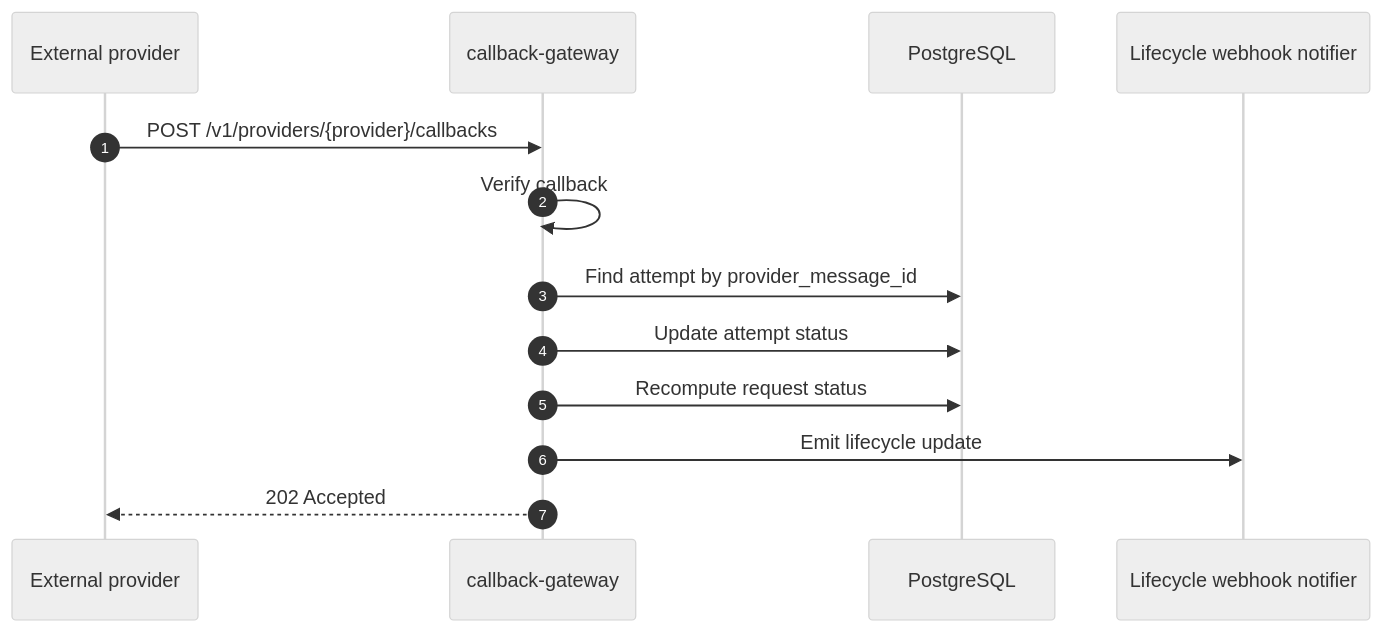
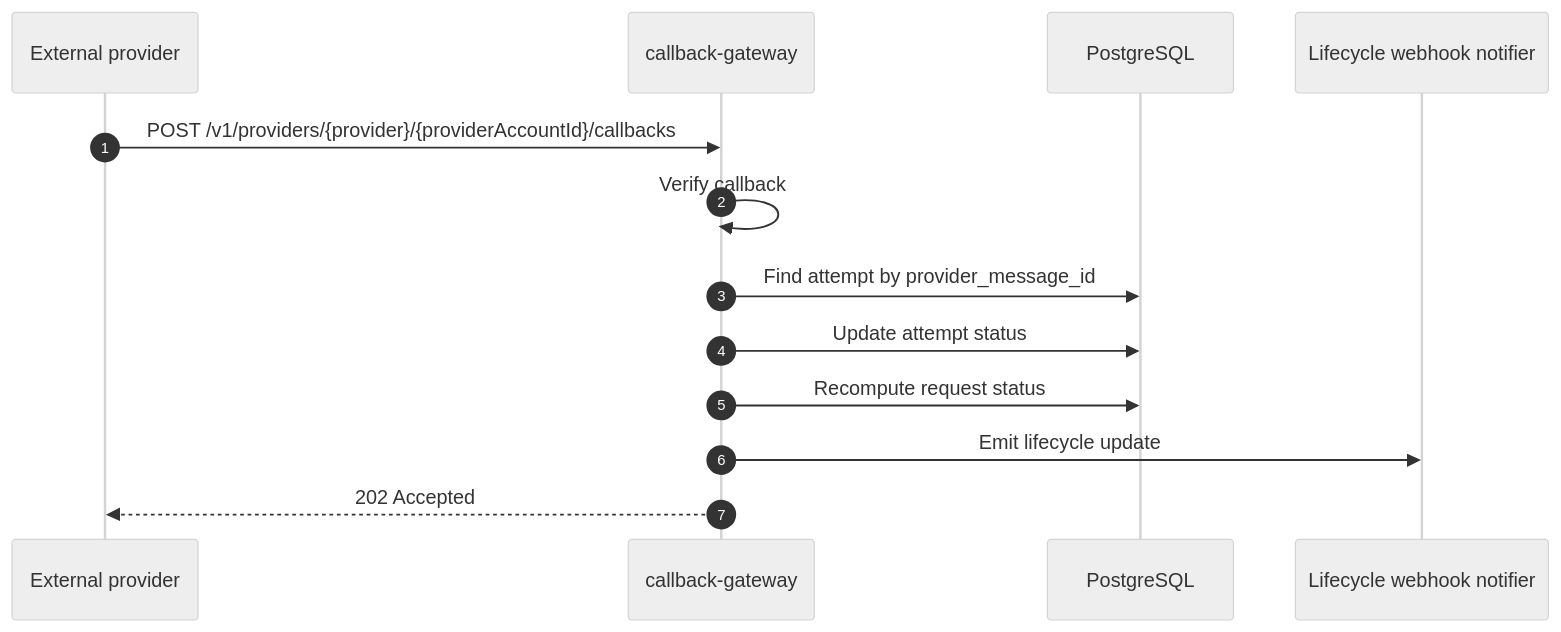
One commit to NotifyHub-in/NotifyHub changed the diagram in docs/guides/callbacks-and-delivery-tracking.md. Above: the diagram before and after it, drawn with Mermaid (neutral theme). The commit also changed other lines of this file and 32 other files, not shown here.

````diff
--- a/docs/guides/callbacks-and-delivery-tracking.md
+++ b/docs/guides/callbacks-and-delivery-tracking.md
@@ -7,16 +7,16 @@
 ```mermaid
 sequenceDiagram
     autonumber
     participant Provider as External provider
     participant Gateway as callback-gateway
     participant DB as PostgreSQL
     participant Webhook as Lifecycle webhook notifier
 
-    Provider->>Gateway: POST /v1/providers/{provider}/callbacks
+    Provider->>Gateway: POST /v1/providers/{provider}/{providerAccountId}/callbacks
     Gateway->>Gateway: Verify callback
     Gateway->>DB: Find attempt by provider_message_id
     Gateway->>DB: Update attempt status
     Gateway->>DB: Recompute request status
     Gateway->>Webhook: Emit lifecycle update
     Gateway-->>Provider: 202 Accepted
 ```
````
